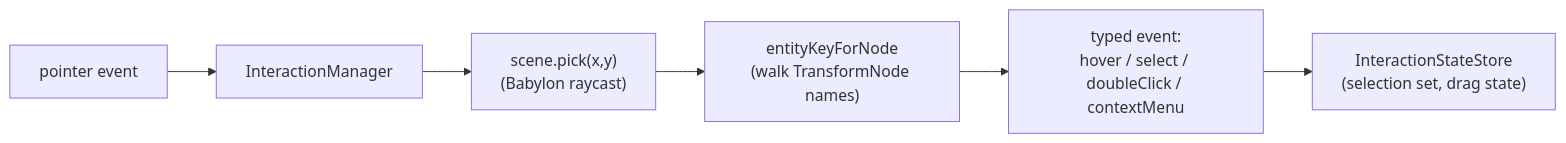
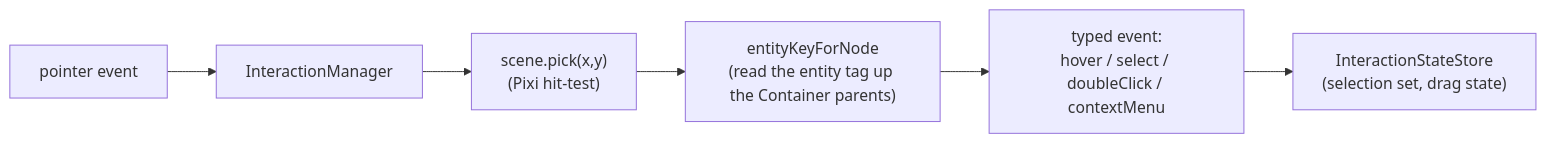
One commit to dicode-ayo/modelica-wrapper changed the second of 2 diagrams in docs/diagram-rendering.md. Above: the diagram before and after it, drawn with Mermaid. The commit also changed other lines of this file and 3 other files, not shown here.

First line of the commit message:
docs: describe the PixiJS v8 renderer instead of Babylon.js

````diff
--- a/docs/diagram-rendering.md
+++ b/docs/diagram-rendering.md
@@ -112,8 +112,8 @@
 ```mermaid
 flowchart LR
     PE["pointer event"] --> IM["InteractionManager"]
-    IM --> PICK["scene.pick(x,y)<br/>(Babylon raycast)"]
-    PICK --> KEY["entityKeyForNode<br/>(walk TransformNode names)"]
+    IM --> PICK["scene.pick(x,y)<br/>(Pixi hit-test)"]
+    PICK --> KEY["entityKeyForNode<br/>(read the entity tag up the Container parents)"]
     KEY --> EV["typed event:<br/>hover / select / doubleClick / contextMenu"]
     EV --> STORE["InteractionStateStore<br/>(selection set, drag state)"]
 ```
````
